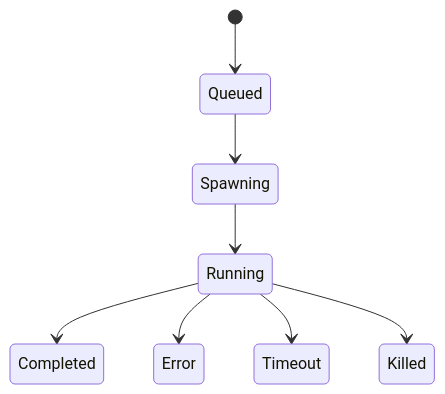
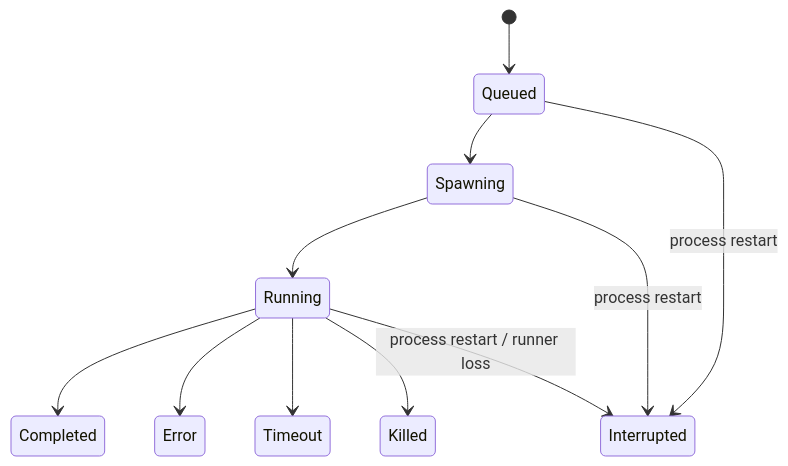
The first of 3 diagrams in docs/architecture/subagent.md (shiwenwen/hope-agent), drawn with Mermaid before and after one commit. The commit also changed other lines of this file and 54 other files, not shown here.

````diff
--- a/docs/architecture/subagent.md
+++ b/docs/architecture/subagent.md
@@ -30,10 +30,13 @@
 ```mermaid
 stateDiagram-v2
     [*] --> Queued
     Queued --> Spawning
     Spawning --> Running
     Running --> Completed
     Running --> Error
     Running --> Timeout
     Running --> Killed
+    Queued --> Interrupted: process restart
+    Spawning --> Interrupted: process restart
+    Running --> Interrupted: process restart / runner loss
 ```
````
